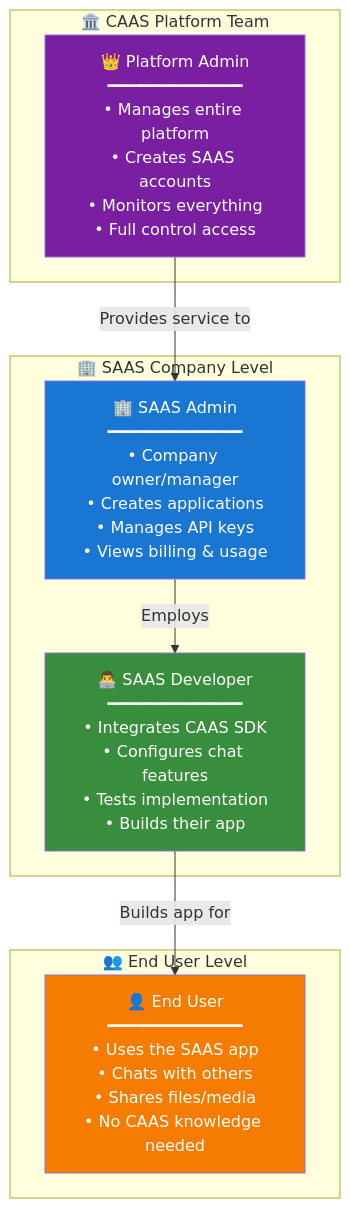
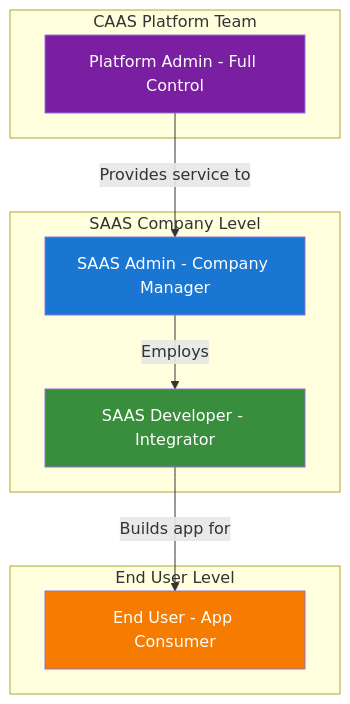
Before and after one commit to AtharvaBansod/CAAS: the fourth of 40 diagrams in docs/COMPLETE_PLATFORM_VISUAL_GUIDE.md, drawn with Mermaid. The commit also changed other lines of this file, not shown here.

````diff
--- a/docs/COMPLETE_PLATFORM_VISUAL_GUIDE.md
+++ b/docs/COMPLETE_PLATFORM_VISUAL_GUIDE.md
@@ -165,25 +178,24 @@
 ```mermaid
 flowchart TB
-    subgraph "🏛️ CAAS Platform Team"
-        ADMIN[👑 Platform Admin<br/>━━━━━━━━━━━━━━<br/>• Manages entire platform<br/>• Creates SAAS accounts<br/>• Monitors everything<br/>• Full control access]
+    subgraph PlatformTeam["CAAS Platform Team"]
+        ADMIN["Platform Admin - Full Control"]
     end
     
-    subgraph "🏢 SAAS Company Level"
-        SAAS_ADMIN[🏢 SAAS Admin<br/>━━━━━━━━━━━━━━<br/>• Company owner/manager<br/>• Creates applications<br/>• Manages API keys<br/>• Views billing & usage]
-        
-        DEVELOPER[👨‍💻 SAAS Developer<br/>━━━━━━━━━━━━━━<br/>• Integrates CAAS SDK<br/>• Configures chat features<br/>• Tests implementation<br/>• Builds their app]
+    subgraph SAASLevel["SAAS Company Level"]
+        SAAS_ADMIN["SAAS Admin - Company Manager"]
+        DEVELOPER["SAAS Developer - Integrator"]
     end
     
-    subgraph "👥 End User Level"
-        END_USER[👤 End User<br/>━━━━━━━━━━━━━━<br/>• Uses the SAAS app<br/>• Chats with others<br/>• Shares files/media<br/>• No CAAS knowledge needed]
+    subgraph EndUserLevel["End User Level"]
+        END_USER["End User - App Consumer"]
     end
     
-    ADMIN -->|Provides service to| SAAS_ADMIN
-    SAAS_ADMIN -->|Employs| DEVELOPER
-    DEVELOPER -->|Builds app for| END_USER
+    ADMIN -->|"Provides service to"| SAAS_ADMIN
+    SAAS_ADMIN -->|"Employs"| DEVELOPER
+    DEVELOPER -->|"Builds app for"| END_USER
     
     style ADMIN fill:#7B1FA2,color:#fff
     style SAAS_ADMIN fill:#1976D2,color:#fff
     style DEVELOPER fill:#388E3C,color:#fff
     style END_USER fill:#F57C00,color:#fff
 ```
````
